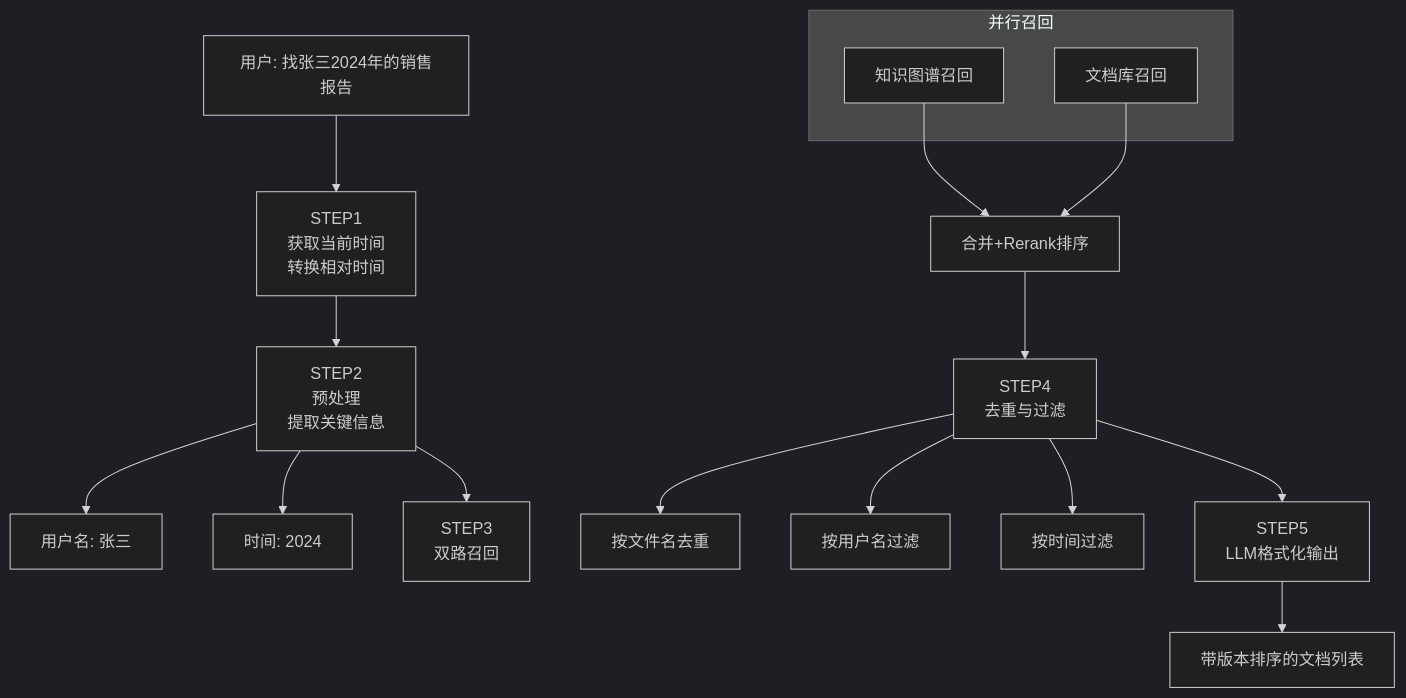
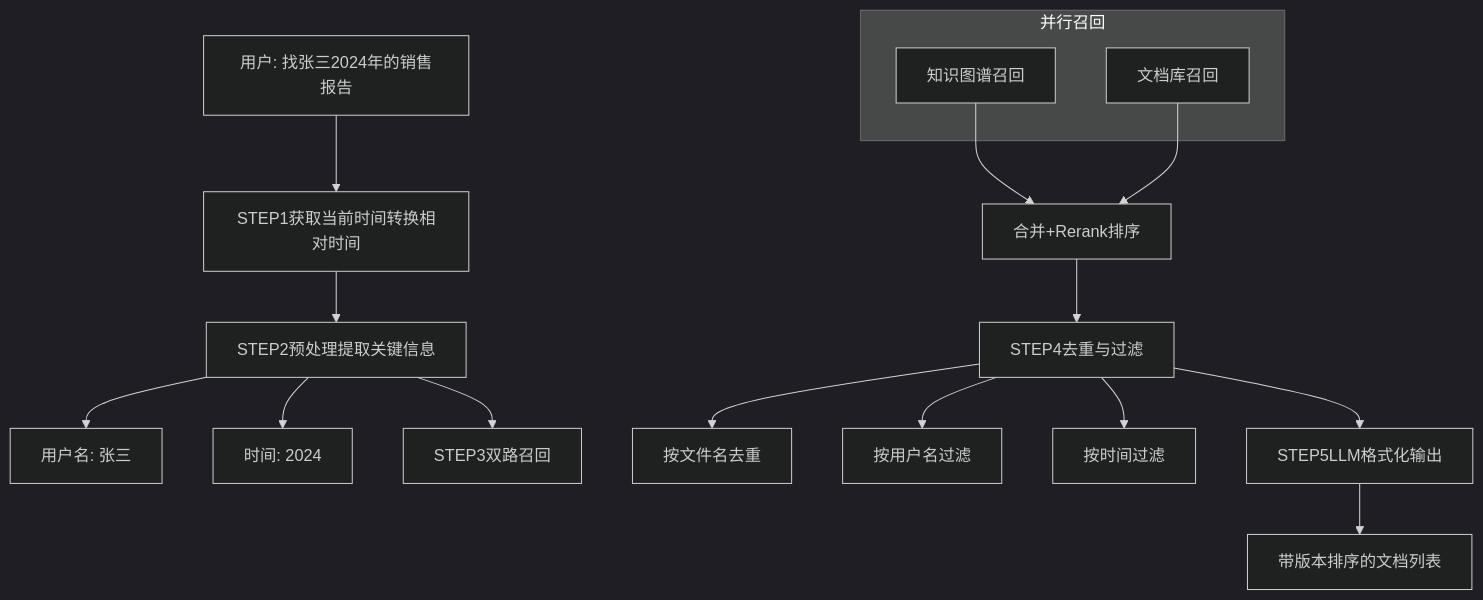
The seventh of 11 diagrams in source/_posts/知识助手技术原理.md (kcenter-ai/kcenter_blog), drawn with Mermaid (dark theme) before and after one commit. The commit also changed other lines of this file, not shown here.

First line of the commit message:
Fix: 修复 Mermaid 图表decision node显示问题

````diff
--- a/source/_posts/知识助手技术原理.md
+++ b/source/_posts/知识助手技术原理.md
@@ -271,23 +271,23 @@
 ```mermaid
 flowchart TB
-    A[用户: 找张三2024年的销售报告] --> B[STEP1<br/>获取当前时间<br/>转换相对时间]
-    B --> C[STEP2<br/>预处理<br/>提取关键信息]
+    A[用户: 找张三2024年的销售报告] --> B[STEP1获取当前时间转换相对时间]
+    B --> C[STEP2预处理提取关键信息]
     C --> C1[用户名: 张三]
     C --> C2[时间: 2024]
     
-    C --> D[STEP3<br/>双路召回]
+    C --> D[STEP3双路召回]
     subgraph DUAL["并行召回"]
         D1[知识图谱召回]
         D2[文档库召回]
     end
     D1 --> E[合并+Rerank排序]
     D2 --> E
     
-    E --> F[STEP4<br/>去重与过滤]
+    E --> F[STEP4去重与过滤]
     F --> F1[按文件名去重]
     F --> F2[按用户名过滤]
     F --> F3[按时间过滤]
     
-    F --> G[STEP5<br/>LLM格式化输出]
+    F --> G[STEP5LLM格式化输出]
     G --> H[带版本排序的文档列表]
 ```
````
